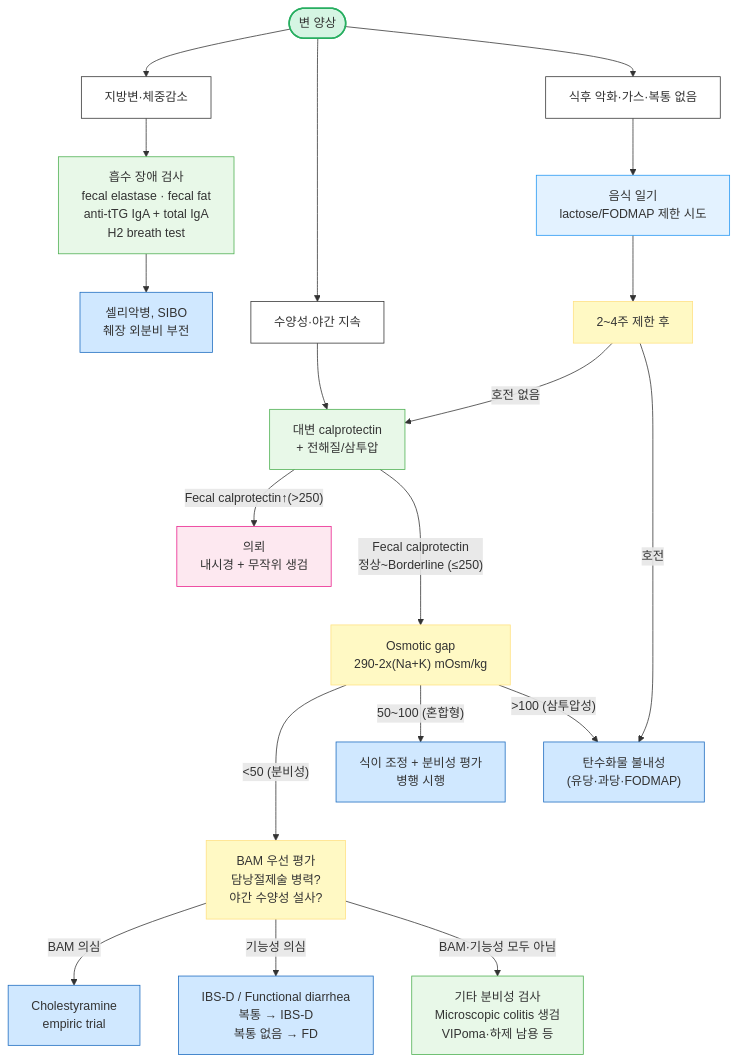
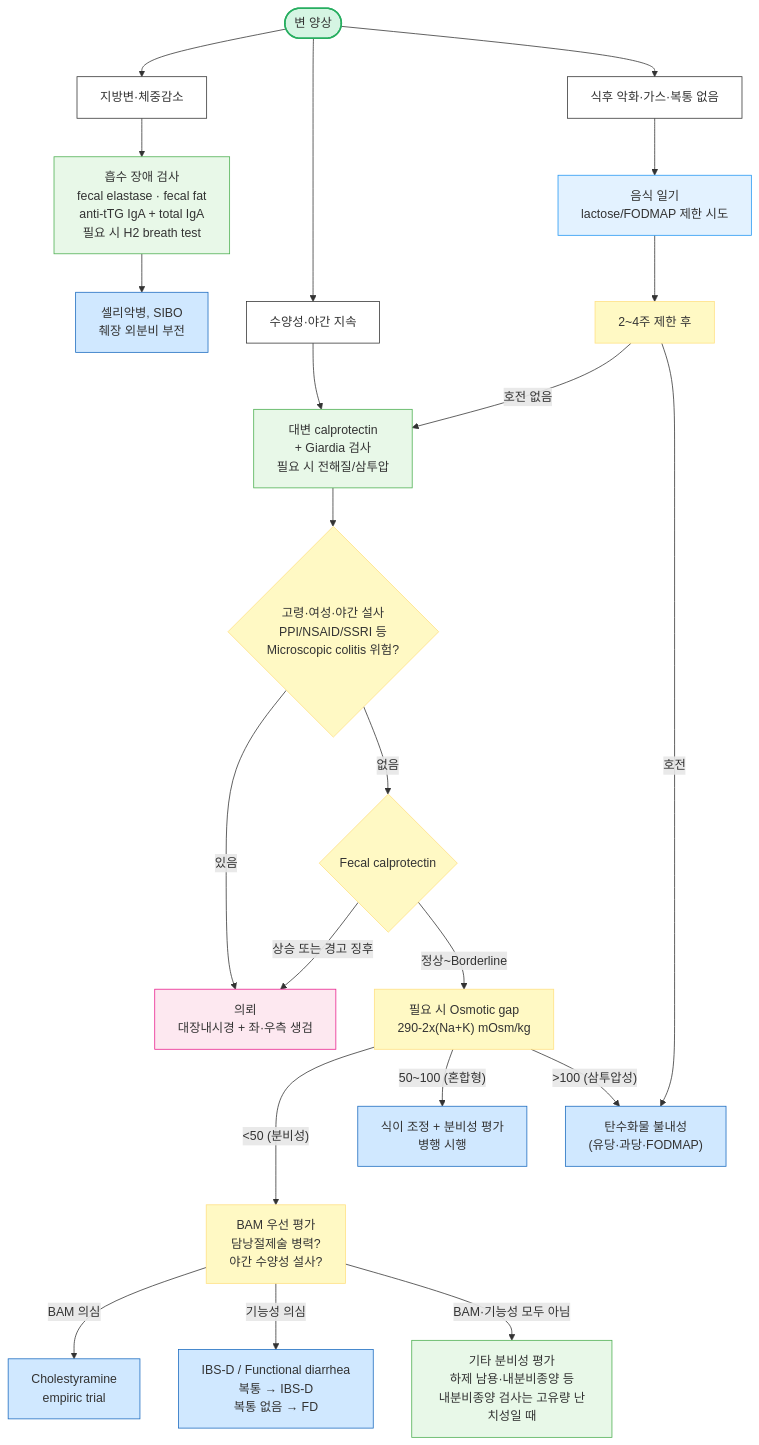
The second of 2 diagrams in 224_/084_-chronic-diarrhea.md (familyoh77/familyoh77), drawn with Mermaid before and after one commit. The commit also changed other lines of this file and 15 other files, not shown here.

````diff
--- a/224_/084_-chronic-diarrhea.md
+++ b/224_/084_-chronic-diarrhea.md
@@ -203,31 +213,34 @@
 ```mermaid
 graph TD
-    Phenotype(["변 양상"]) --> A["지방변·체중감소"] --> Malabs["흡수 장애 검사<br/>fecal elastase · fecal fat<br/>anti-tTG IgA + total IgA<br/>H2 breath test"]
-    Phenotype --> B["수양성·야간 지속"] --> WateryDD["대변 calprotectin<br/>+ 전해질/삼투압"]
+    Phenotype(["변 양상"]) --> A["지방변·체중감소"] --> Malabs["흡수 장애 검사<br/>fecal elastase · fecal fat<br/>anti-tTG IgA + total IgA<br/>필요 시 H2 breath test"]
+    Phenotype --> B["수양성·야간 지속"] --> WateryDD["대변 calprotectin<br/>+ Giardia 검사<br/>필요 시 전해질/삼투압"]
     Phenotype --> C["식후 악화·가스·복통 없음"] --> OsmoDD["음식 일기<br/>lactose/FODMAP 제한 시도"]
     OsmoDD --> OsmoResult["2~4주 제한 후"]
     OsmoResult -- "호전 없음" --> WateryDD
     Malabs --> MalabsDx["셀리악병, SIBO<br/>췌장 외분비 부전"]
-    WateryDD -- "Fecal calprotectin↑(>250)" --> IBDRef["의뢰<br/>내시경 + 무작위 생검"]
-    WateryDD -- "Fecal calprotectin <br/>정상~Borderline (≤250)" ---> OsmoGap["Osmotic gap<br/>290-2x(Na+K) mOsm/kg"]
+    WateryDD --> MCRisk{"고령·여성·야간 설사<br/>PPI/NSAID/SSRI 등<br/>Microscopic colitis 위험?"}
+    MCRisk -- "있음" --> IBDRef["의뢰<br/>대장내시경 + 좌·우측 생검"]
+    MCRisk -- "없음" --> FCResult{"Fecal calprotectin"}
+    FCResult -- "상승 또는 경고 징후" --> IBDRef
+    FCResult -- "정상~Borderline" --> OsmoGap["필요 시 Osmotic gap<br/>290-2x(Na+K) mOsm/kg"]
     OsmoGap -- "<50 (분비성)" ---> BAMFirst["BAM 우선 평가<br/>담낭절제술 병력?<br/>야간 수양성 설사?"]
     BAMFirst -- "BAM 의심" --> CholTrial["Cholestyramine<br/>empiric trial"]
     BAMFirst -- "기능성 의심" --> Functional["IBS-D / Functional diarrhea<br/>복통 → IBS-D<br/>복통 없음 → FD"]
-    BAMFirst -- "BAM·기능성 모두 아님" --> Secretory2["기타 분비성 검사<br/>Microscopic colitis 생검<br/>VIPoma·하제 남용 등"]
+    BAMFirst -- "BAM·기능성 모두 아님" --> Secretory2["기타 분비성 평가<br/>하제 남용·내분비종양 등<br/>내분비종양 검사는 고유량 난치성일 때"]
     OsmoGap -- "50~100 (혼합형)" --> MixedEval["식이 조정 + 분비성 평가<br/>병행 시행"]
     OsmoResult -- "호전" --> OsmoDx["탄수화물 불내성<br/>(유당·과당·FODMAP)"]
     OsmoGap -- ">100 (삼투압성)" --> OsmoDx
 classDef white fill:#fff,stroke:#333
 class A,B,C white
 style Phenotype fill:#d5f5e3,stroke:#27ae60,stroke-width:2px
 classDef blue fill:#d0e8ff,stroke:#1a6abf
 class MalabsDx,OsmoDx,MixedEval,CholTrial,Functional blue
 classDef pink fill:#fde8f0,stroke:#e91e8c
 class IBDRef pink
 classDef lightGreen fill:#e8f8e8,stroke:#4caf50
 class Secretory2,Malabs,WateryDD lightGreen
 classDef sky fill:#e3f2ff,stroke:#2196f3
 class OsmoDD sky
 classDef yellow fill:#fff9c4,stroke:#ffe082
-class OsmoResult,OsmoGap,BAMFirst yellow
+class OsmoResult,OsmoGap,BAMFirst,MCRisk,FCResult yellow
 ```
````
